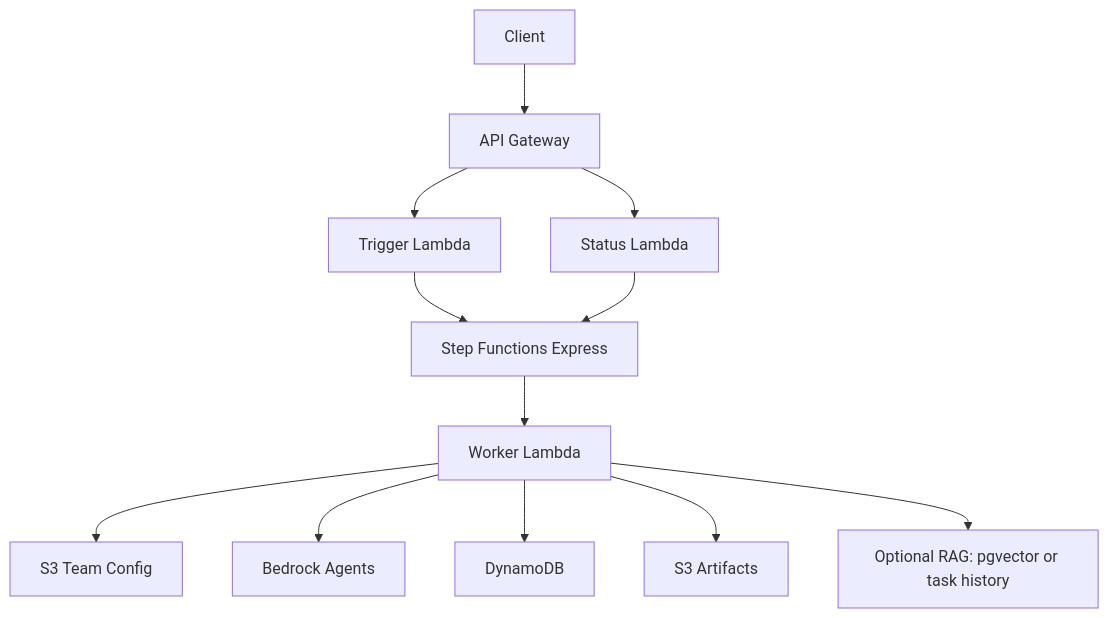
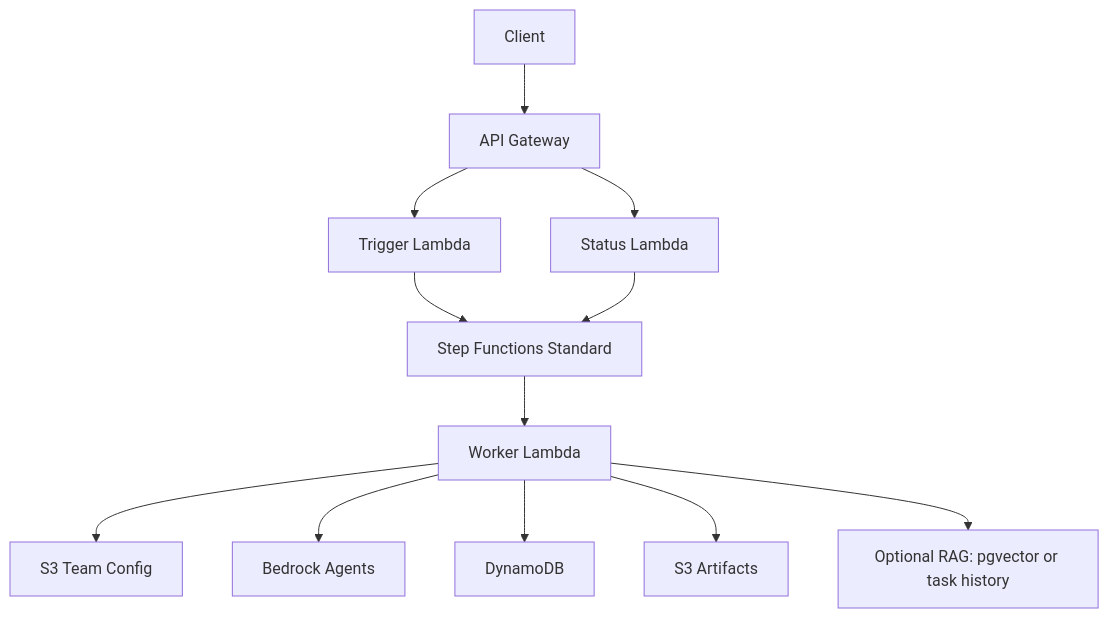
One commit to rajatarun/TeamWeave changed the diagram in README.md. Above: the diagram before and after it, drawn with Mermaid. The commit also changed other lines of this file and 3 other files, not shown here.

Commit message:
Align trigger flow with Standard Step Functions

````diff
--- a/README.md
+++ b/README.md
@@ -33,14 +33,14 @@
 ```mermaid
 flowchart TD
   A[Client] --> B[API Gateway]
   B --> C[Trigger Lambda]
-  C --> D[Step Functions Express]
+  C --> D[Step Functions Standard]
   D --> E[Worker Lambda]
   E --> F[S3 Team Config]
   E --> G[Bedrock Agents]
   E --> H[DynamoDB]
   E --> I[S3 Artifacts]
   E --> J[Optional RAG: pgvector or task history]
   B --> K[Status Lambda]
   K --> D
 ```
````
